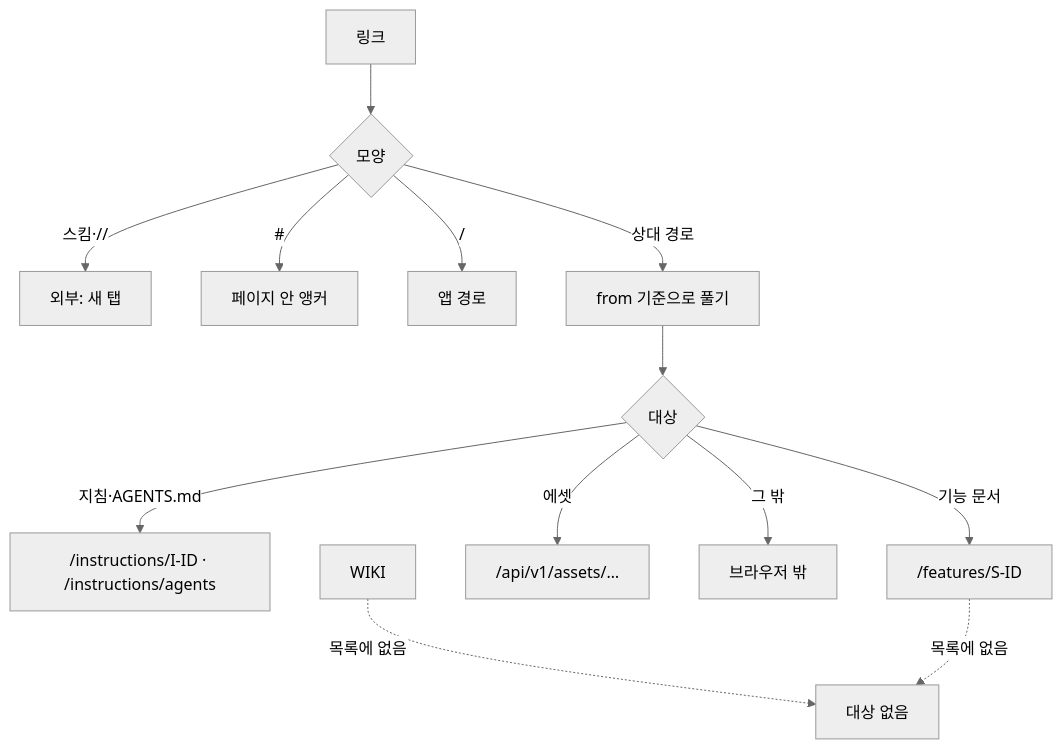
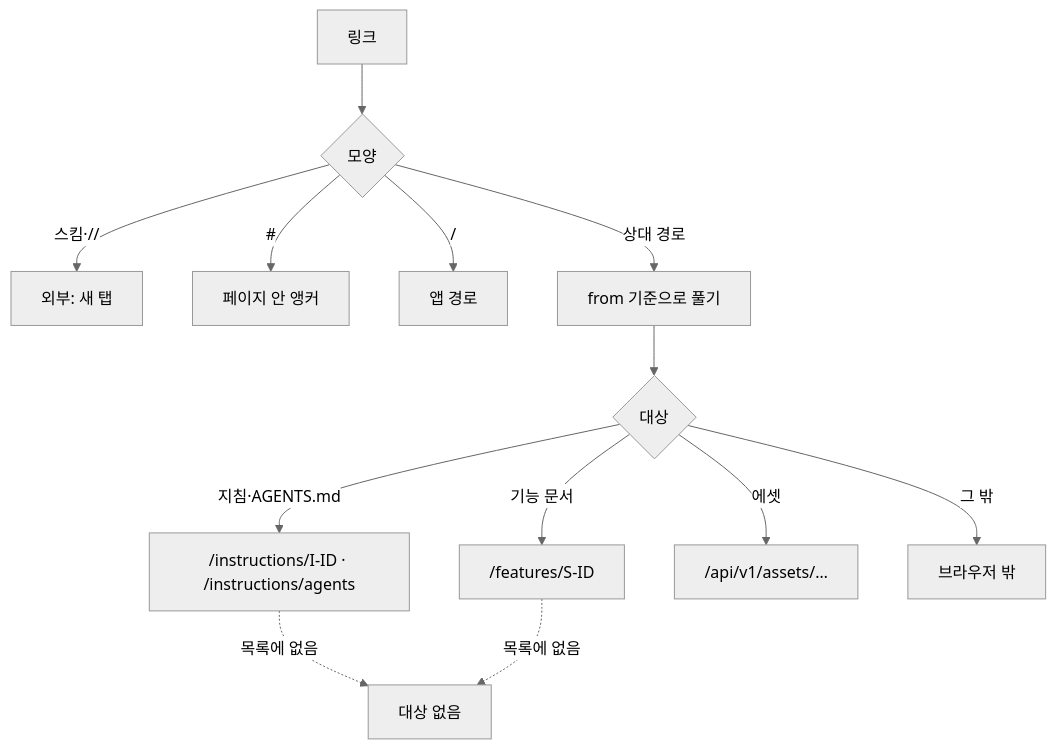
Before and after one commit to dev-goraebap/gitifact: the second of 2 diagrams in .gitifact/spec/browser/design/document.md, drawn with Mermaid (neutral theme). The commit also changed other lines of this file and 78 other files, not shown here.

````diff
--- a/.gitifact/spec/browser/design/document.md
+++ b/.gitifact/spec/browser/design/document.md
@@ -85,14 +85,14 @@
 ```mermaid
 flowchart TD
   L["링크"] --> K{"모양"}
   K -->|"스킴·//"| EXT["외부: 새 탭"]
   K -->|"#"| ANC["페이지 안 앵커"]
   K -->|"/"| APP["앱 경로"]
   K -->|"상대 경로"| R["from 기준으로 풀기"]
   R --> T{"대상"}
   T -->|"지침·AGENTS.md"| INS["/instructions/I-ID · /instructions/agents"]
   T -->|"기능 문서"| FEAT["/features/S-ID"]
   T -->|"에셋"| ASSET["/api/v1/assets/…"]
   T -->|"그 밖"| OUT["브라우저 밖"]
-  WIKI & FEAT -.->|"목록에 없음"| MISS["대상 없음"]
+  INS & FEAT -.->|"목록에 없음"| MISS["대상 없음"]
 ```
````
